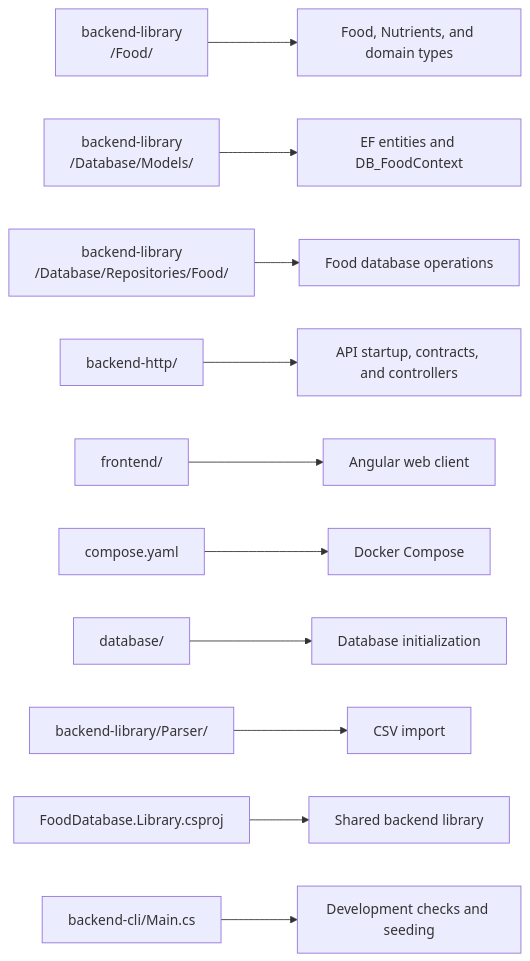
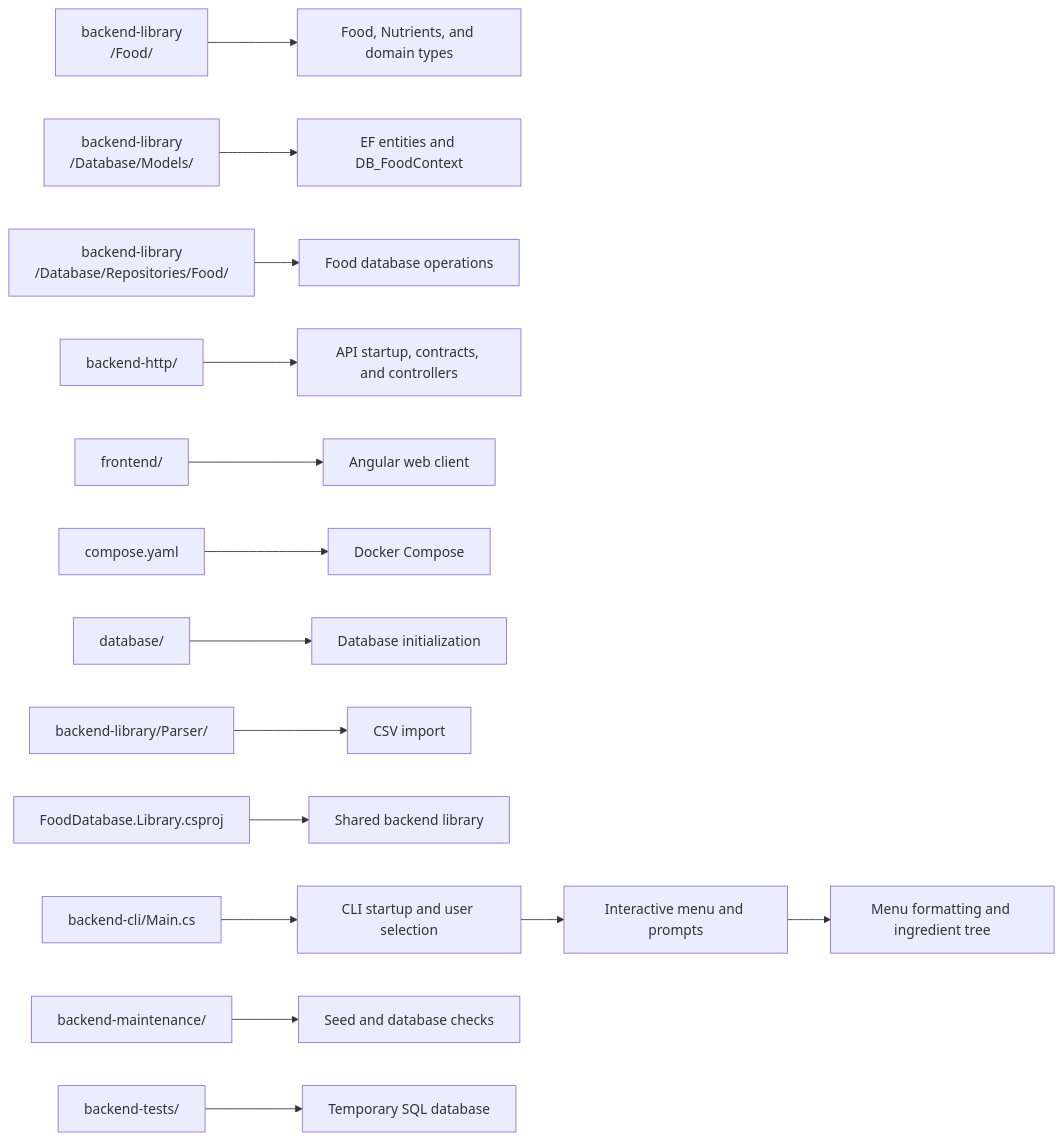
Before and after one commit to dod0lp/Food-Database: the second of 8 diagrams in docs/programmers-docs.md, drawn with Mermaid. The commit also changed other lines of this file and 4 other files, not shown here.

````diff
--- a/docs/programmers-docs.md
+++ b/docs/programmers-docs.md
@@ -65,13 +78,17 @@
 ```mermaid
 flowchart LR
     FoodFiles["backend-library</br>/Food/"] --> DomainTypes["Food, Nutrients, and domain types"]
     ModelFiles["backend-library</br>/Database/Models/"] --> EFModels["EF entities and DB_FoodContext"]
     RepositoryFiles["backend-library</br>/Database/Repositories/Food/"] --> FoodOperations["Food database operations"]
     HttpFiles["backend-http/"] --> ApiLayer["API startup, contracts, and controllers"]
     FrontendFiles["frontend/"] --> WebClient["Angular web client"]
     Docker["compose.yaml"] --> Deployment["Docker Compose"]
     Database["database/"] --> DatabaseInit["Database initialization"]
     ParserFiles["backend-library/Parser/"] --> CsvImport["CSV import"]
     LibraryProject["FoodDatabase.Library.csproj"] --> SharedLibrary["Shared backend library"]
-    CliMain["backend-cli/Main.cs"] --> CliOperations["Development checks and seeding"]
+    CliMain["backend-cli/Main.cs"] --> CliApplication["CLI startup and user selection"]
+    CliApplication --> CliMenu["Interactive menu and prompts"]
+    CliMenu --> CliHelpers["Menu formatting and ingredient tree"]
+    Maintenance["backend-maintenance/"] --> SqlMaintenance["Seed and database checks"]
+    TestProject["backend-tests/"] --> TestDatabase["Temporary SQL database"]
 ```
````
